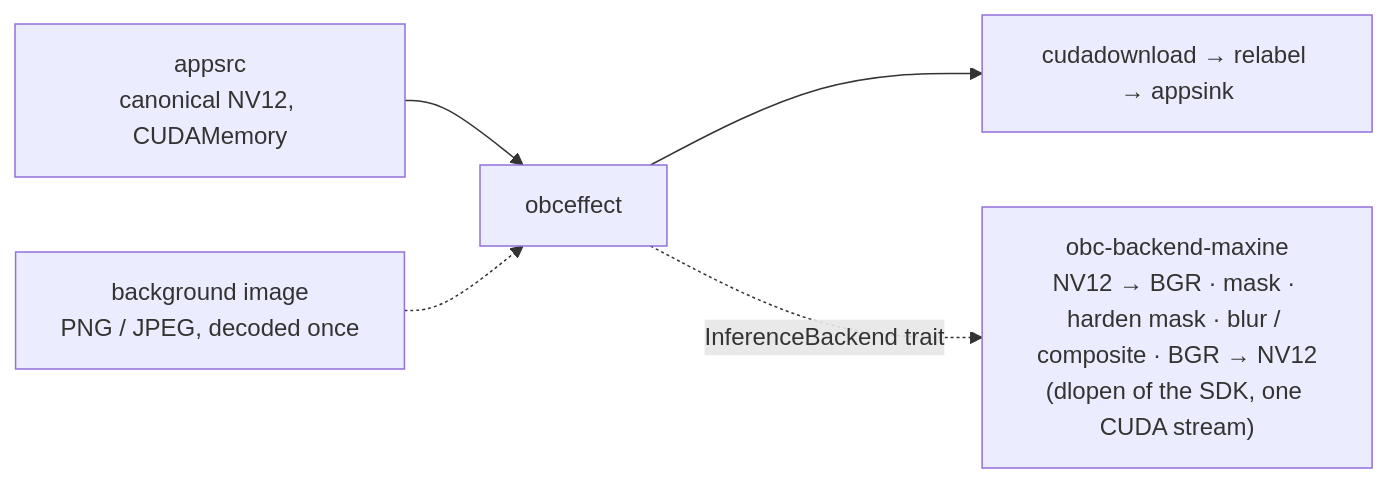
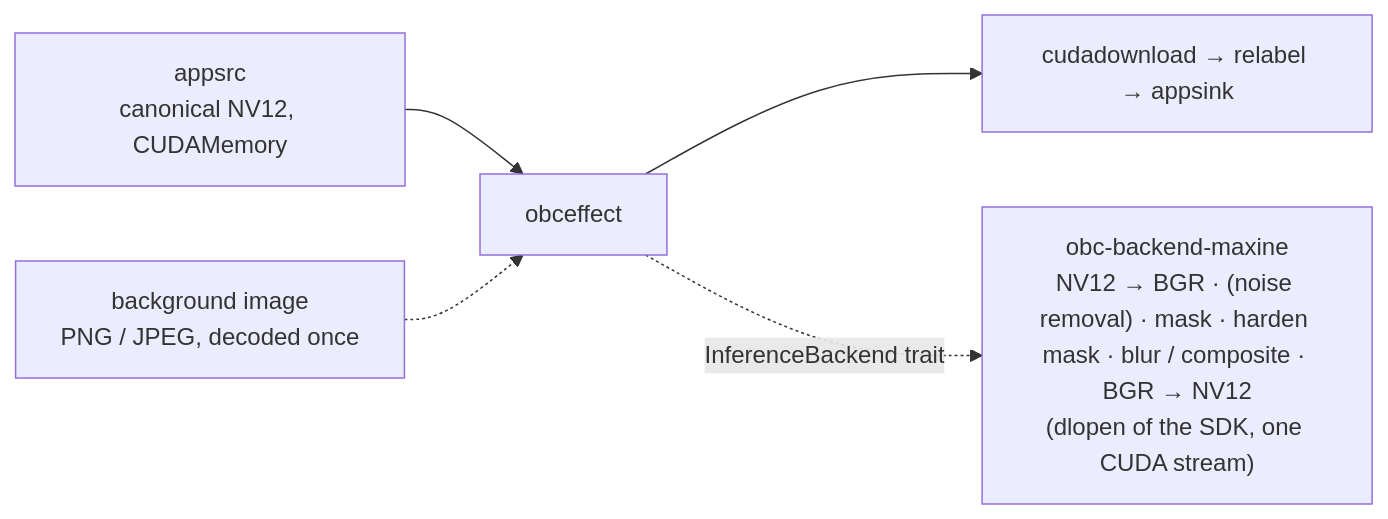
The fourth of 6 diagrams in docs/architecture.md (rsd/omarchy-broadcast), drawn with Mermaid before and after one commit. The commit also changed other lines of this file and 55 other files, not shown here.

First line of the commit message:
Add video noise removal as a stage that stacks with the effects

````diff
--- a/docs/architecture.md
+++ b/docs/architecture.md
@@ -188,7 +188,7 @@
 ```mermaid
 flowchart LR
     SRC["appsrc<br/>canonical NV12, CUDAMemory"] --> FX["obceffect"]
     FX --> DL["cudadownload → relabel → appsink"]
-    FX -. "InferenceBackend trait" .-> BE["obc-backend-maxine<br/>NV12 → BGR · mask · harden mask · blur / composite · BGR → NV12<br/>(dlopen of the SDK, one CUDA stream)"]
+    FX -. "InferenceBackend trait" .-> BE["obc-backend-maxine<br/>NV12 → BGR · (noise removal) · mask · harden mask · blur / composite · BGR → NV12<br/>(dlopen of the SDK, one CUDA stream)"]
     BG["background image<br/>PNG / JPEG, decoded once"] -.-> FX
 ```
````
